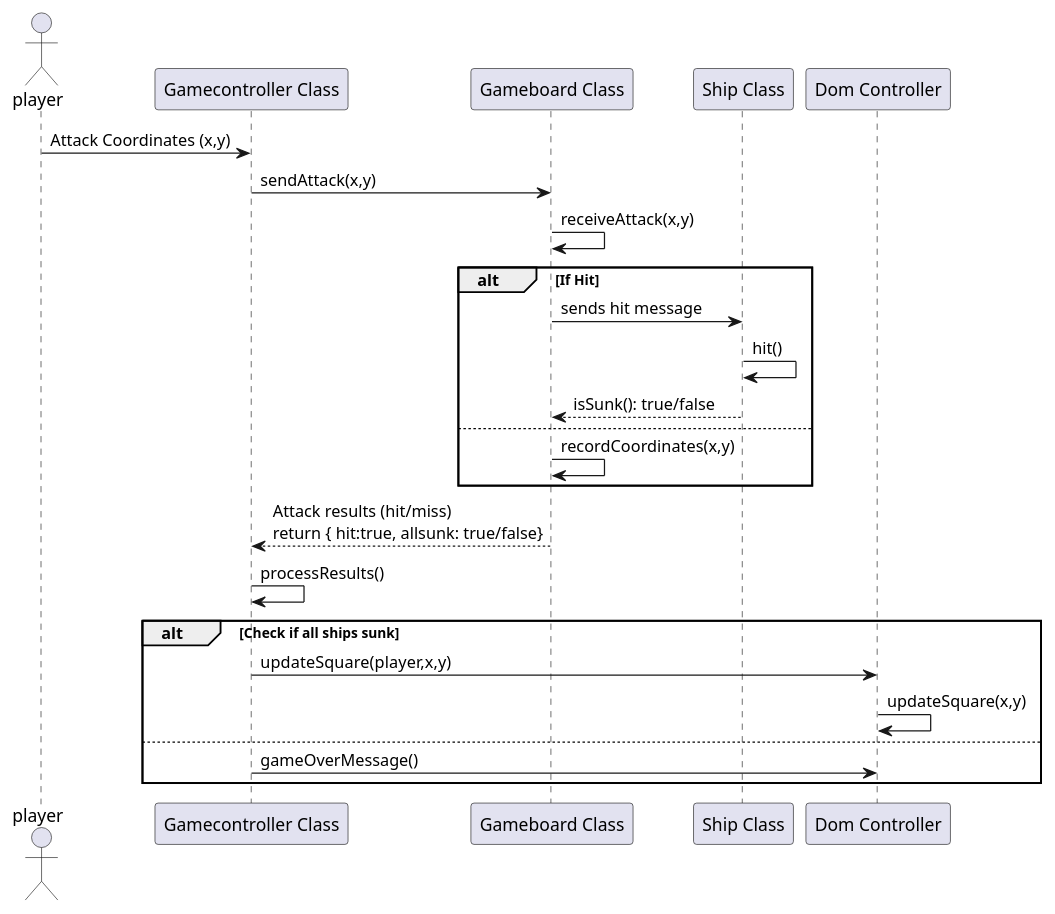
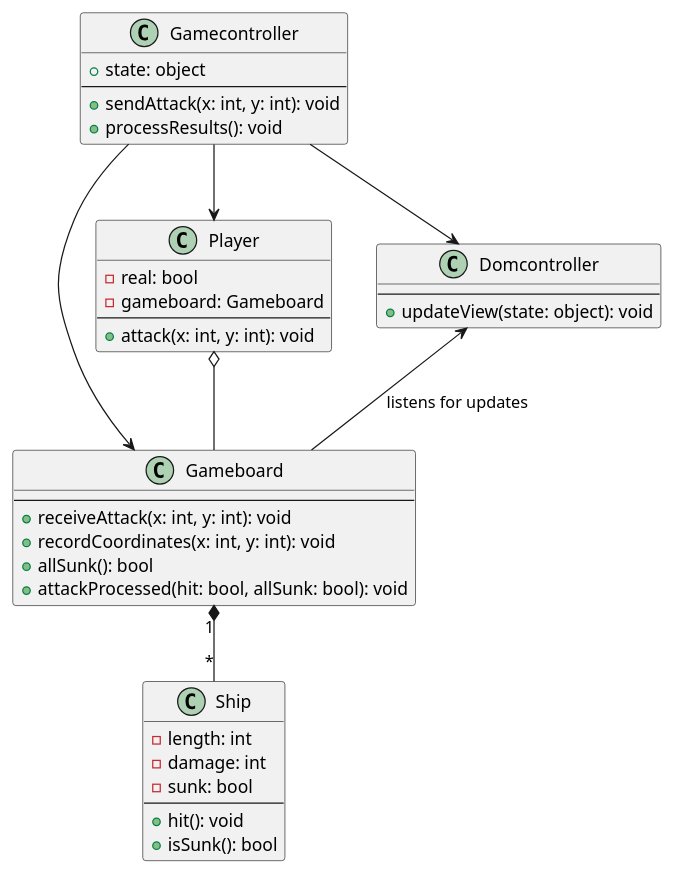
One commit to dugsv1/battleship changed the diagram in classes.puml. Above: the diagram before and after it, drawn with PlantUML. The commit also changed 5 other files, not shown here.

First line of the commit message:
Chore: Create js files and link to diagrams

```diff
--- a/classes.puml
+++ b/classes.puml
@@ -1,30 +1,46 @@
 @startuml
-actor player
-participant "Gamecontroller Class" as GC
-participant "Gameboard Class" as GB
-participant "Ship Class" as Ship
-participant "Dom Controller" as DOM
 
-player -> GC: Attack Coordinates (x,y)
-GC -> GB: sendAttack(x,y)
-GB -> GB: receiveAttack(x,y)
+class Gamecontroller {
+    + state: object
+    --
+    + sendAttack(x: int, y: int): void
+    + processResults(): void
+}
 
-alt If Hit
-    GB -> Ship: sends hit message
-    Ship -> Ship: hit()
-    Ship --> GB: isSunk(): true/false
+class Gameboard {
+    --
+    + receiveAttack(x: int, y: int): void
+    + recordCoordinates(x: int, y: int): void
+    + allSunk(): bool
+    + attackProcessed(hit: bool, allSunk: bool): void
+    }
 
-else 
-    GB -> GB: recordCoordinates(x,y)
-end
+class Ship {
+    - length: int
+    - damage: int
+    - sunk: bool
+    --
+    + hit(): void
+    + isSunk(): bool
+}
 
-GB --> GC: Attack results (hit/miss)\nreturn { hit:true, allsunk: true/false}
-GC -> GC: processResults()
+class Player {
+    - real: bool
+    - gameboard: Gameboard
+    --
+    + attack(x: int, y: int): void
+}
 
-alt Check if all ships sunk
-    GC -> DOM: updateSquare(player,x,y)
-    DOM -> DOM: updateSquare(x,y)
-else
-    GC -> DOM: gameOverMessage()
-end
+class Domcontroller {
+    --
+    + updateView(state: object): void
+}
+
+Gamecontroller -d-> Gameboard
+Gamecontroller --> Player
+Gamecontroller --> Domcontroller
+Gameboard "1" *-- "*" Ship
+Player o-- Gameboard
+Domcontroller <-- Gameboard : listens for updates
+
 @enduml
```
